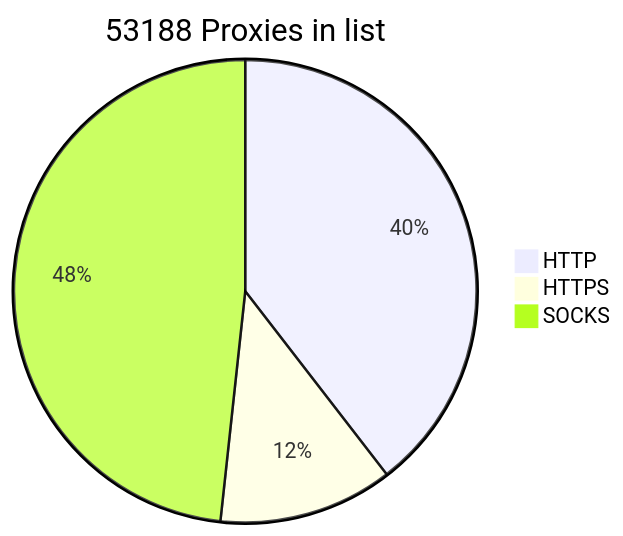
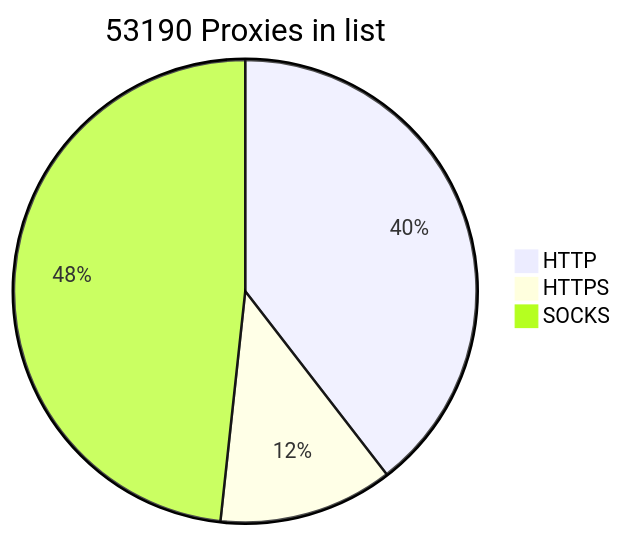
Before and after one commit to BlackSnowDot/proxylist-update-every-minute: the diagram in README.md, drawn with Mermaid.

````diff
--- a/README.md
+++ b/README.md
@@ -2,6 +2,6 @@
 ```mermaid
-pie title 53188 Proxies in list
+pie title 53190 Proxies in list
     "HTTP" : 23480
     "HTTPS": 7236
-    "SOCKS" : 28680
+    "SOCKS" : 28682
 ```
````
